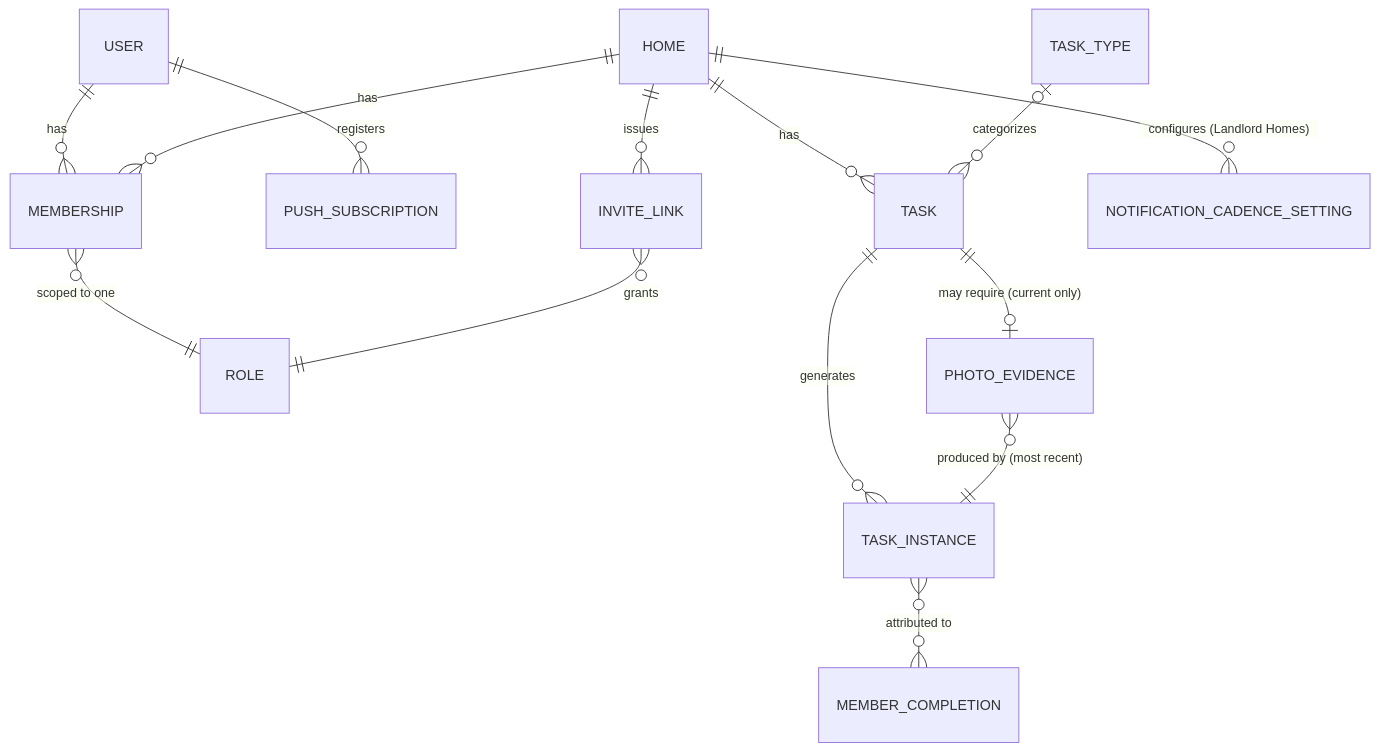
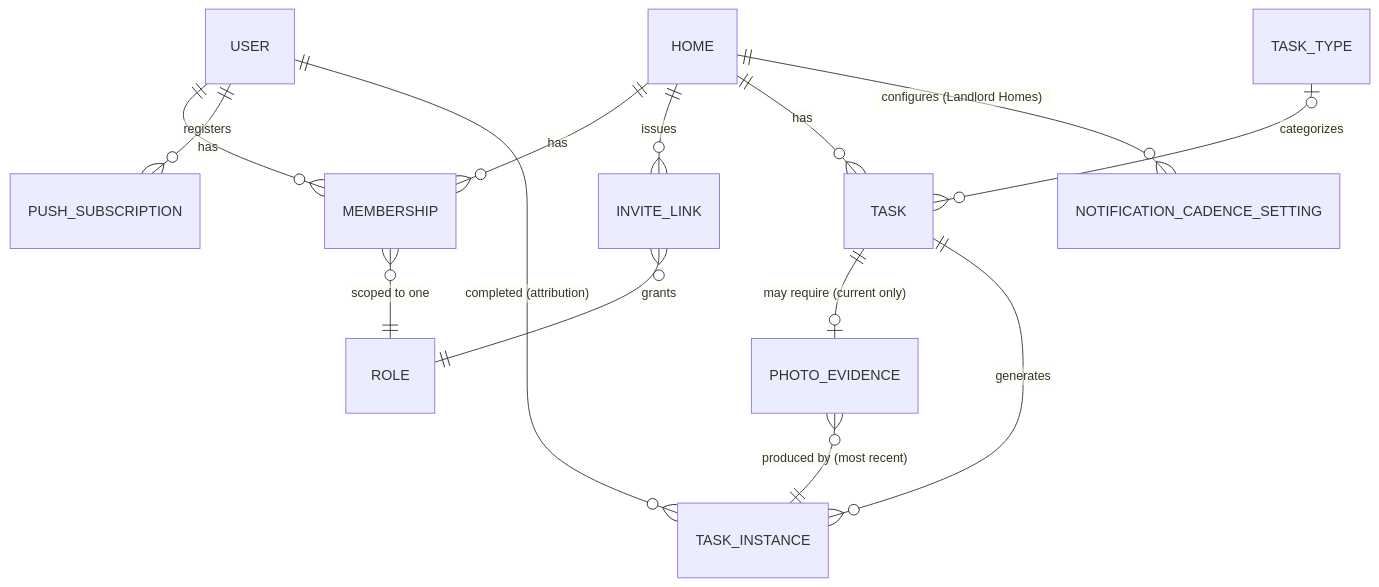
The third of 3 diagrams in _bmad-output/planning-artifacts/architecture/architecture-prosjektoppgave-ibe160-2026-10-04/ARCHITECTURE-SPINE.md (IBE160-2026/G04-auganaes-elvik-hannah), drawn with Mermaid before and after one commit. The commit also changed other lines of this file and 32 other files, not shown here.

````diff
--- a/_bmad-output/planning-artifacts/architecture/architecture-prosjektoppgave-ibe160-2026-10-04/ARCHITECTURE-SPINE.md
+++ b/_bmad-output/planning-artifacts/architecture/architecture-prosjektoppgave-ibe160-2026-10-04/ARCHITECTURE-SPINE.md
@@ -216,16 +216,16 @@
 ```mermaid
 erDiagram
   USER ||--o{ MEMBERSHIP : has
   USER ||--o{ PUSH_SUBSCRIPTION : registers
   HOME ||--o{ MEMBERSHIP : has
   MEMBERSHIP }o--|| ROLE : "scoped to one"
   HOME ||--o{ INVITE_LINK : issues
   INVITE_LINK }o--|| ROLE : "grants"
   HOME ||--o{ TASK : has
   TASK_TYPE |o--o{ TASK : categorizes
   TASK ||--o| PHOTO_EVIDENCE : "may require (current only)"
   TASK ||--o{ TASK_INSTANCE : generates
-  TASK_INSTANCE }o--o{ MEMBER_COMPLETION : "attributed to"
+  USER ||--o{ TASK_INSTANCE : "completed (attribution)"
   PHOTO_EVIDENCE }o--|| TASK_INSTANCE : "produced by (most recent)"
   HOME ||--o{ NOTIFICATION_CADENCE_SETTING : "configures (Landlord Homes)"
 ```
````
